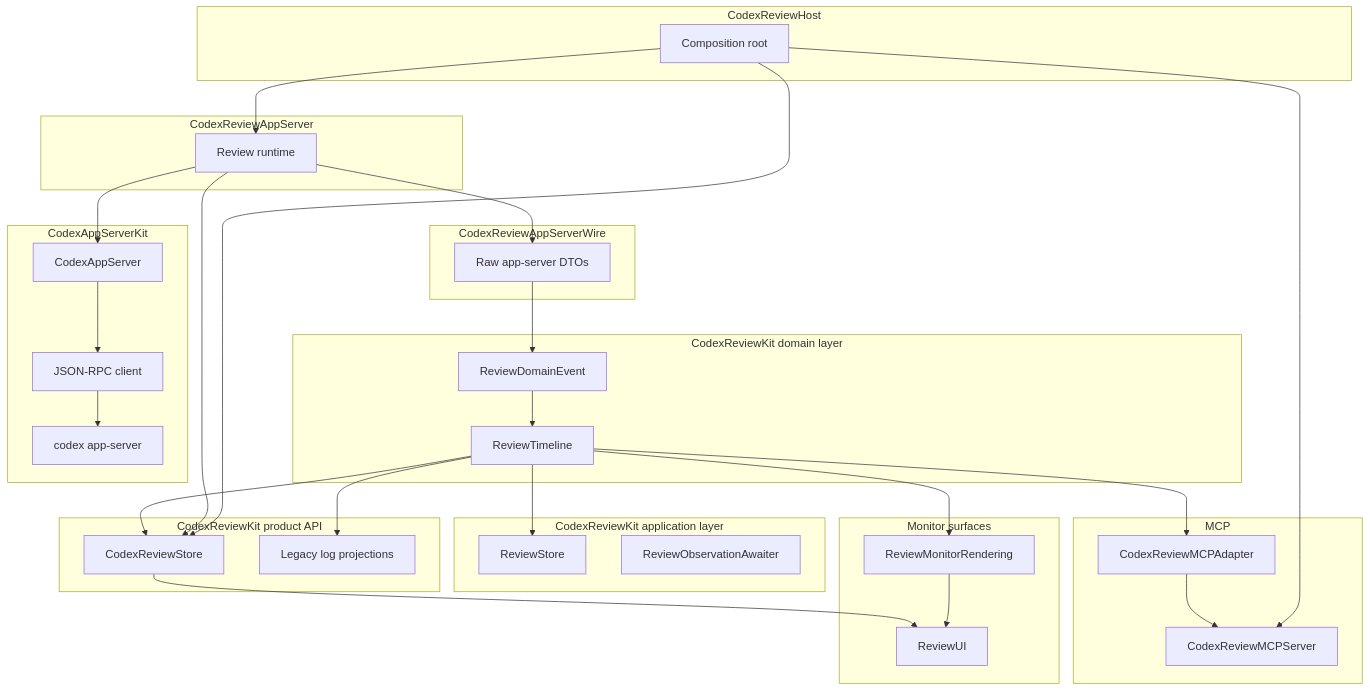
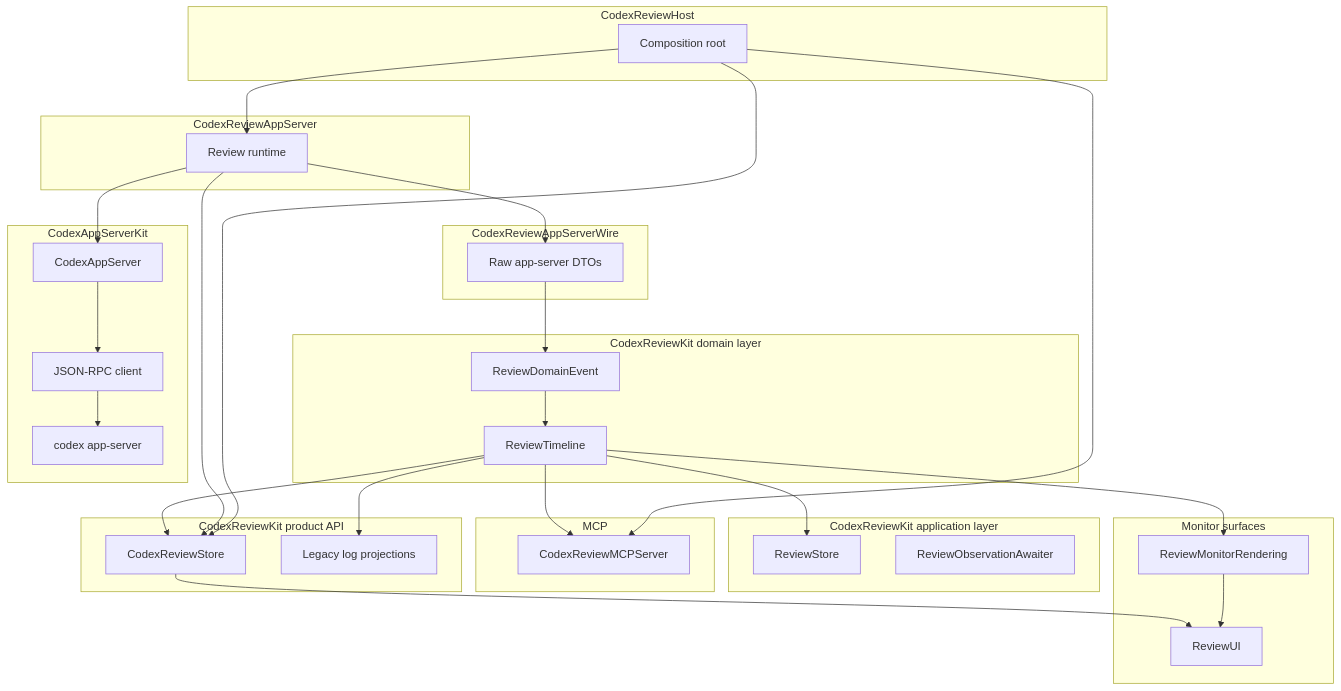
Before and after one commit to lynnswap/CodexReviewKit: the diagram in Docs/architecture.md, drawn with Mermaid. The commit also changed other lines of this file and 6 other files, not shown here.

````diff
--- a/Docs/architecture.md
+++ b/Docs/architecture.md
@@ -81,64 +80,62 @@
 ```mermaid
 flowchart TB
     subgraph Domain["CodexReviewKit domain layer"]
         DomainEvents["ReviewDomainEvent"]
         Timeline["ReviewTimeline"]
     end
 
     subgraph Application["CodexReviewKit application layer"]
         AppStore["ReviewStore"]
         Awaiter["ReviewObservationAwaiter"]
     end
 
     subgraph Product["CodexReviewKit product API"]
         PublicStore["CodexReviewStore"]
         LegacyProjection["Legacy log projections"]
     end
 
     subgraph Wire["CodexReviewAppServerWire"]
         WireDTO["Raw app-server DTOs"]
     end
 
     subgraph Kit["CodexAppServerKit"]
         DomainAPI["CodexAppServer"]
         Client["JSON-RPC client"]
         Process["codex app-server"]
     end
 
     subgraph AppServer["CodexReviewAppServer"]
         Runtime["Review runtime"]
     end
 
     subgraph MCP["MCP"]
-        MCPAdapter["CodexReviewMCPAdapter"]
         MCPServer["CodexReviewMCPServer"]
     end
 
     subgraph Monitor["Monitor surfaces"]
         Renderer["ReviewMonitorRendering"]
         UI["ReviewUI"]
     end
 
     subgraph Host["CodexReviewHost"]
         Composition["Composition root"]
     end
 
     WireDTO --> DomainEvents
     DomainEvents --> Timeline
     Timeline --> AppStore
     Timeline --> PublicStore
     Timeline --> LegacyProjection
-    Timeline --> MCPAdapter
+    Timeline --> MCPServer
     Timeline --> Renderer
     PublicStore --> UI
     Renderer --> UI
-    MCPAdapter --> MCPServer
     DomainAPI --> Client
     Client --> Process
     Runtime --> DomainAPI
     Runtime --> WireDTO
     Runtime --> PublicStore
     Composition --> Runtime
     Composition --> MCPServer
     Composition --> PublicStore
 ```
````
